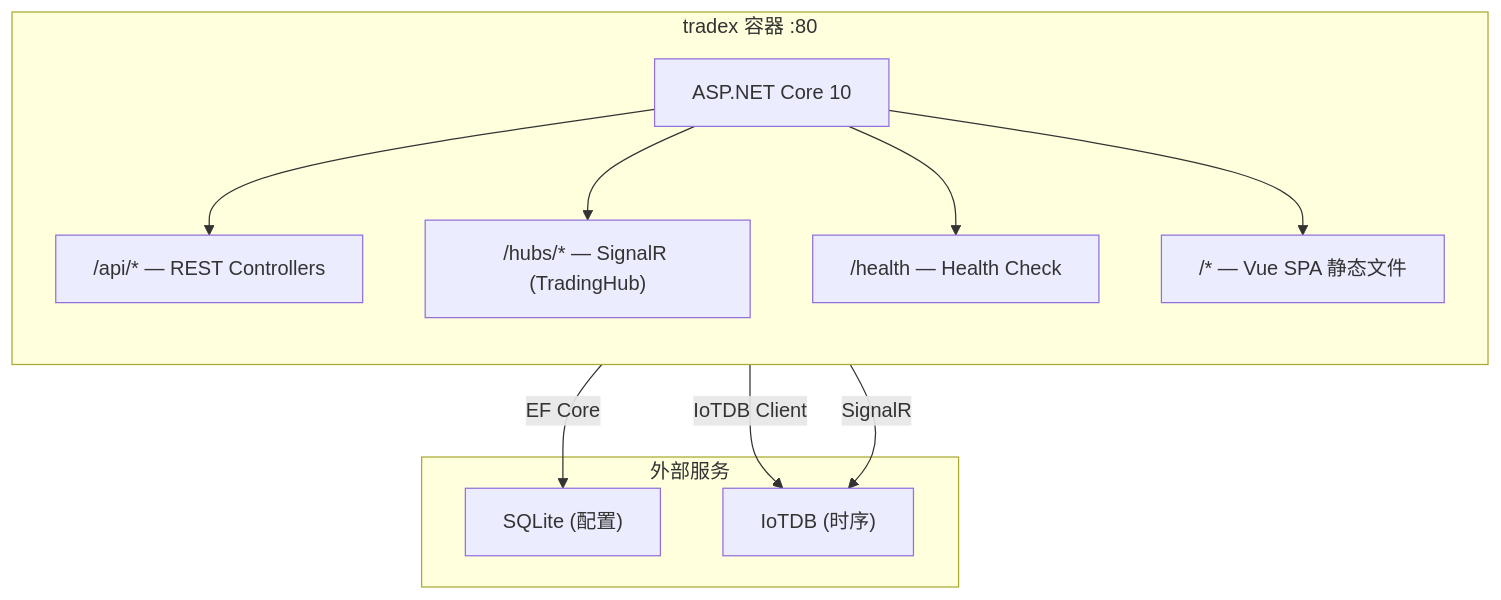
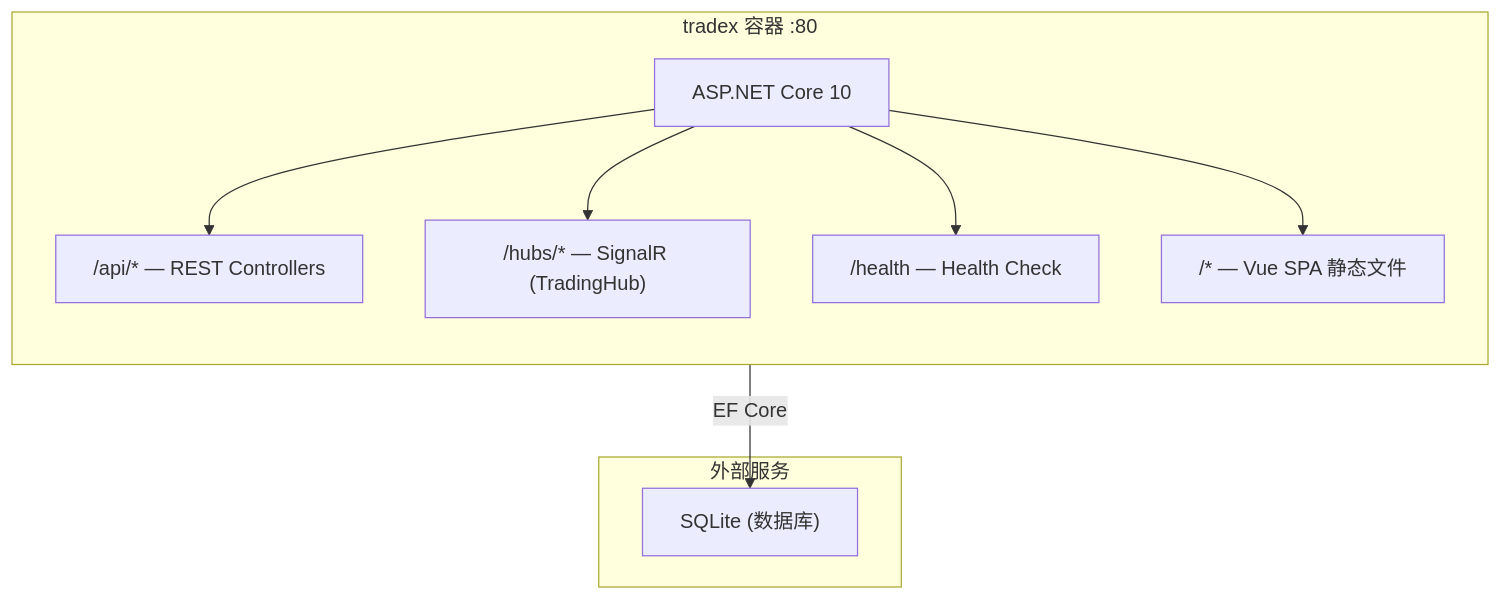
The diagram in README.md (bambuo/TradeX), drawn with Mermaid before and after one commit. The commit also changed other lines of this file and 16 other files, not shown here.

````diff
--- a/README.md
+++ b/README.md
@@ -7,20 +7,17 @@
 ```mermaid
 flowchart TB
     subgraph Container["tradex 容器 :80"]
         direction TB
         A["ASP.NET Core 10"]
         A --> B["/api/* — REST Controllers"]
         A --> C["/hubs/* — SignalR (TradingHub)"]
         A --> D["/health — Health Check"]
         A --> E["/* — Vue SPA 静态文件"]
     end
 
     subgraph Services["外部服务"]
-        F["SQLite (配置)"]
-        G["IoTDB (时序)"]
+        F["SQLite (数据库)"]
     end
 
     B -->|EF Core| F
-    B -->|IoTDB Client| G
-    C -->|SignalR| G
 ```
````
